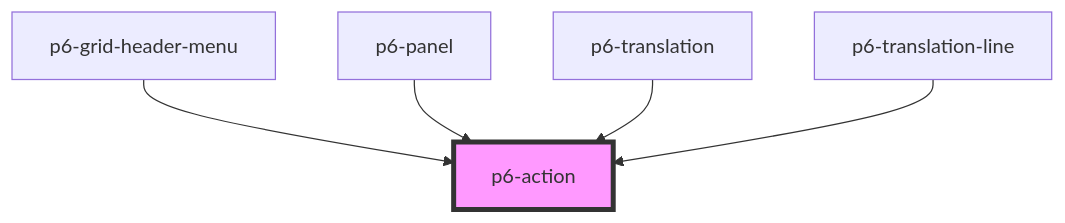
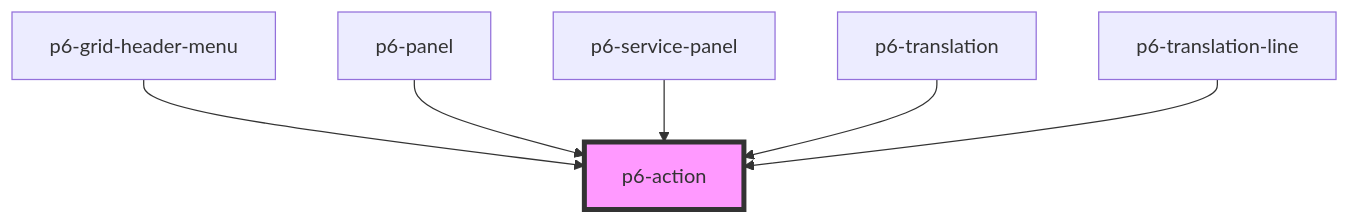
Before and after one commit to amalto/platform6-ui-components: the diagram in packages/core/src/components/atoms/p6-action/readme.md, drawn with Mermaid. The commit also changed other lines of this file and 14 other files, not shown here.

Commit message:
add a p6-service-panel component

````diff
--- a/packages/core/src/components/atoms/p6-action/readme.md
+++ b/packages/core/src/components/atoms/p6-action/readme.md
@@ -25,8 +26,9 @@
 ```mermaid
 graph TD;
   p6-grid-header-menu --> p6-action
   p6-panel --> p6-action
+  p6-service-panel --> p6-action
   p6-translation --> p6-action
   p6-translation-line --> p6-action
   style p6-action fill:#f9f,stroke:#333,stroke-width:4px
 ```
````
